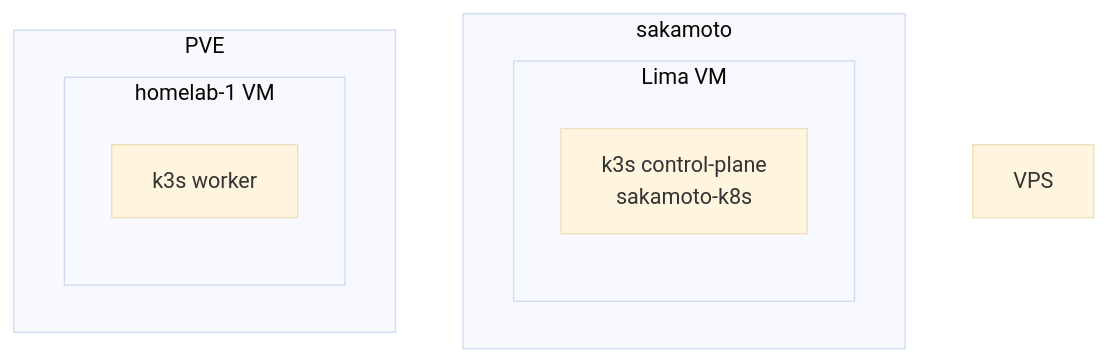
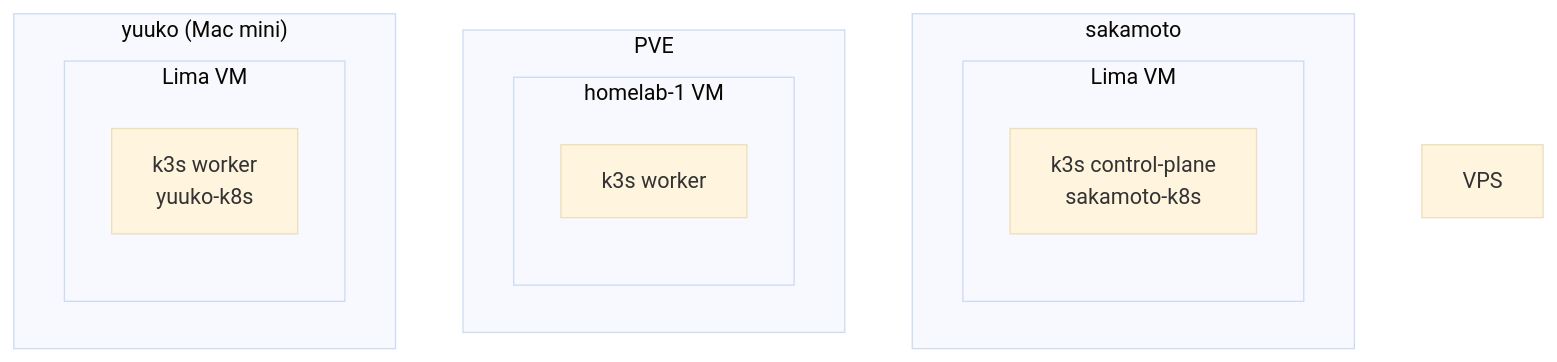
One commit to shelken/home-ops changed the first of 9 diagrams in docs/ARCHITECTURE.md. Above: the diagram before and after it, drawn with Mermaid (base theme). The commit also changed other lines of this file and 2 other files, not shown here.

First line of the commit message:
feat(lima): provision 注入 mio 公钥，并补 ARCHITECTURE 三节点拓扑

````diff
--- a/docs/ARCHITECTURE.md
+++ b/docs/ARCHITECTURE.md
@@ -10,16 +10,22 @@
 ```mermaid
 graph TB
     subgraph SAKAMOTO["sakamoto"]
         subgraph LIMA["Lima VM"]
             CP["k3s control-plane<br/>sakamoto-k8s"]
         end
     end
 
     subgraph PVE["PVE"]
         subgraph PVE_VM["homelab-1 VM"]
             WORKER["k3s worker"]
         end
     end
 
+    subgraph YUUKO["yuuko (Mac mini)"]
+        subgraph LIMA2["Lima VM"]
+            WORKER2["k3s worker<br/>yuuko-k8s"]
+        end
+    end
+
     VPS["VPS"]
 ```
````
